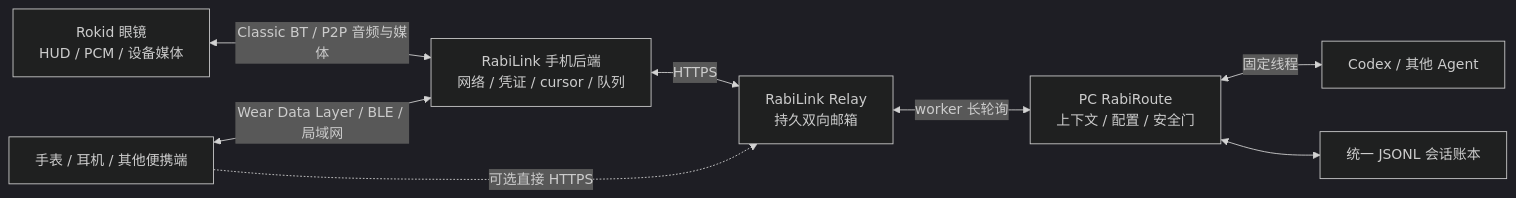
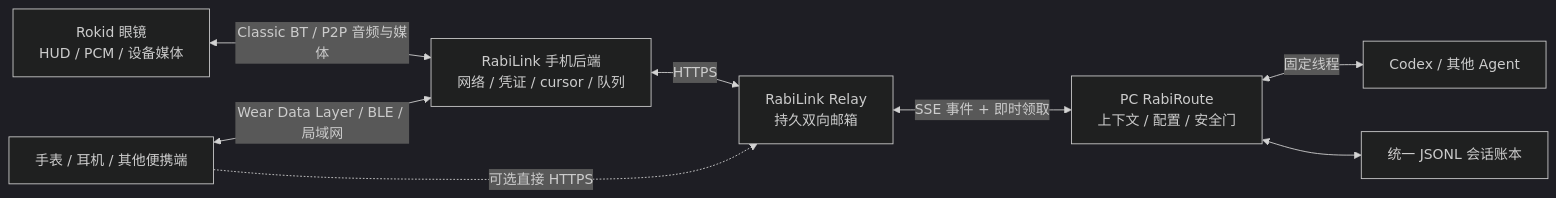
Before and after one commit to vb2250158/RabiRoute: the first of 3 diagrams in docs/rabilink-phone-edge-hub.md, drawn with Mermaid (dark theme). The commit also changed other lines of this file and 290 other files, not shown here.

````diff
--- a/docs/rabilink-phone-edge-hub.md
+++ b/docs/rabilink-phone-edge-hub.md
@@ -25,18 +25,18 @@
 ```mermaid
 flowchart LR
     Glass["Rokid 眼镜<br/>HUD / PCM / 设备媒体"]
     Phone["RabiLink 手机后端<br/>网络 / 凭证 / cursor / 队列"]
     Watch["手表 / 耳机 / 其他便携端"]
     Relay["RabiLink Relay<br/>持久双向邮箱"]
     PC["PC RabiRoute<br/>上下文 / 配置 / 安全门"]
     Agent["Codex / 其他 Agent"]
     Ledger["统一 JSONL 会话账本"]
 
     Glass <-->|"Classic BT / P2P 音频与媒体"| Phone
     Phone <-->|"HTTPS"| Relay
     Watch <-->|"Wear Data Layer / BLE / 局域网"| Phone
     Watch -.->|"可选直接 HTTPS"| Relay
-    Relay <-->|"worker 长轮询"| PC
+    Relay <-->|"SSE 事件 + 即时领取"| PC
     PC <-->|"固定线程"| Agent
     PC <--> Ledger
 ```
````
